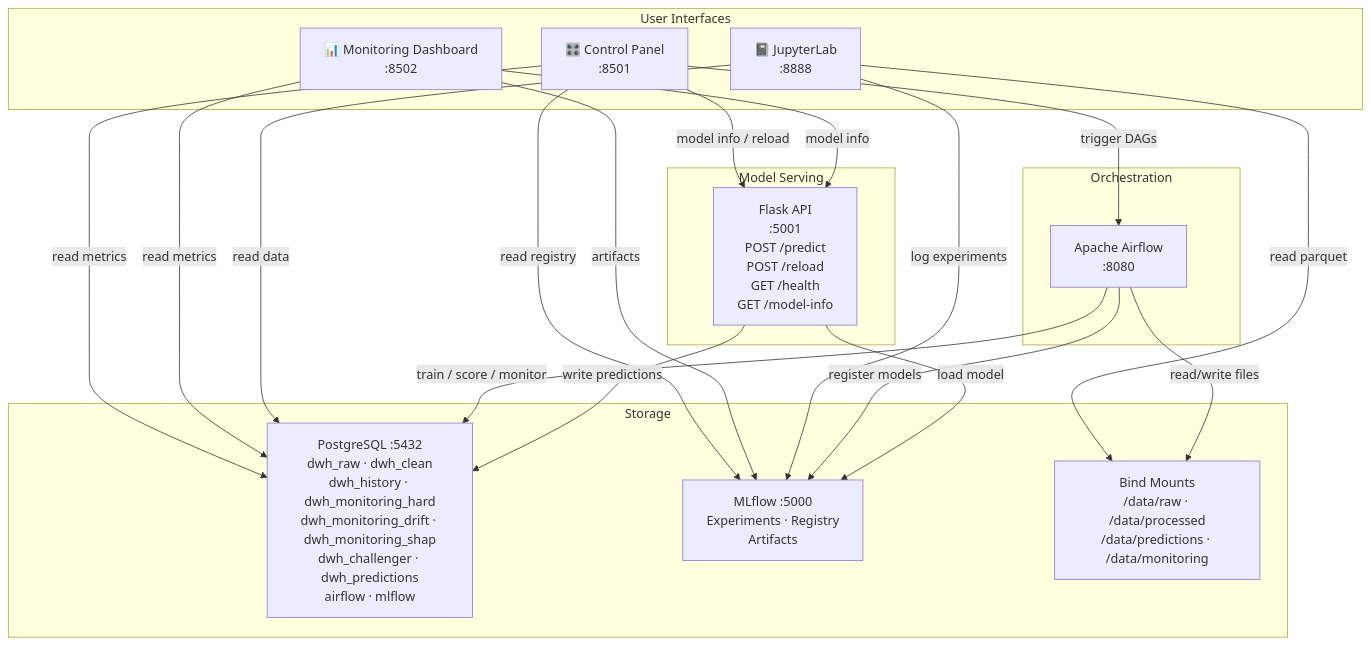
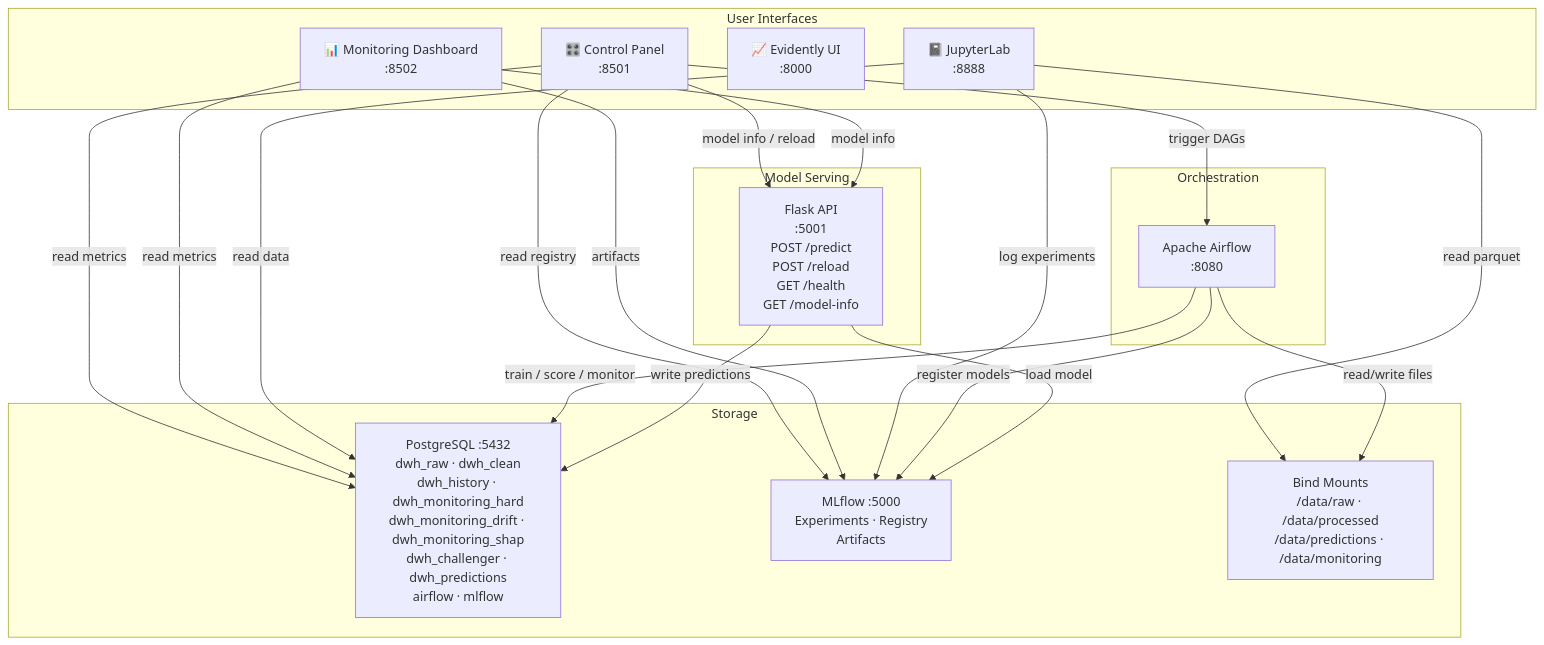
The first of 3 diagrams in README.md (ShollyWolly/OnPremise-Machine-Learning-Operations), drawn with Mermaid before and after one commit. The commit also changed other lines of this file and 20 other files, not shown here.

````diff
--- a/README.md
+++ b/README.md
@@ -26,38 +29,39 @@
 ```mermaid
 graph TB
     subgraph UI["User Interfaces"]
         CP["🎛️ Control Panel<br/>:8501"]
         MD["📊 Monitoring Dashboard<br/>:8502"]
+        EV["📈 Evidently UI<br/>:8000"]
         JL["📓 JupyterLab<br/>:8888"]
     end
 
     subgraph Orchestration["Orchestration"]
         AW["Apache Airflow<br/>:8080"]
     end
 
     subgraph Serving["Model Serving"]
         FA["Flask API<br/>:5001<br/>POST /predict<br/>POST /reload<br/>GET /health<br/>GET /model-info"]
     end
 
     subgraph Storage["Storage"]
         PG["PostgreSQL :5432<br/>dwh_raw · dwh_clean<br/>dwh_history · dwh_monitoring_hard<br/>dwh_monitoring_drift · dwh_monitoring_shap<br/>dwh_challenger · dwh_predictions<br/>airflow · mlflow"]
         ML["MLflow :5000<br/>Experiments · Registry<br/>Artifacts"]
         FS["Bind Mounts<br/>/data/raw · /data/processed<br/>/data/predictions · /data/monitoring"]
     end
 
     CP -->|trigger DAGs| AW
     CP -->|model info / reload| FA
     CP -->|read metrics| PG
     CP -->|read registry| ML
     MD -->|read metrics| PG
     MD -->|model info| FA
     MD -->|artifacts| ML
     JL -->|log experiments| ML
     JL -->|read data| PG
     JL -->|read parquet| FS
     AW -->|train / score / monitor| PG
     AW -->|register models| ML
     AW -->|read/write files| FS
     FA -->|load model| ML
     FA -->|write predictions| PG
 ```
````
